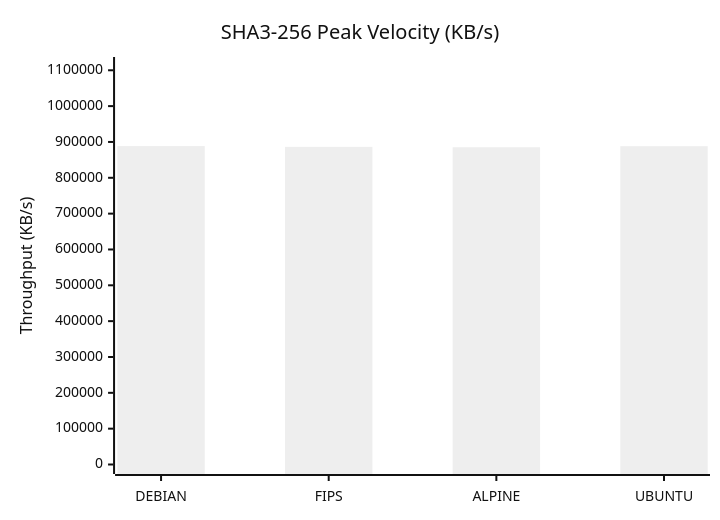
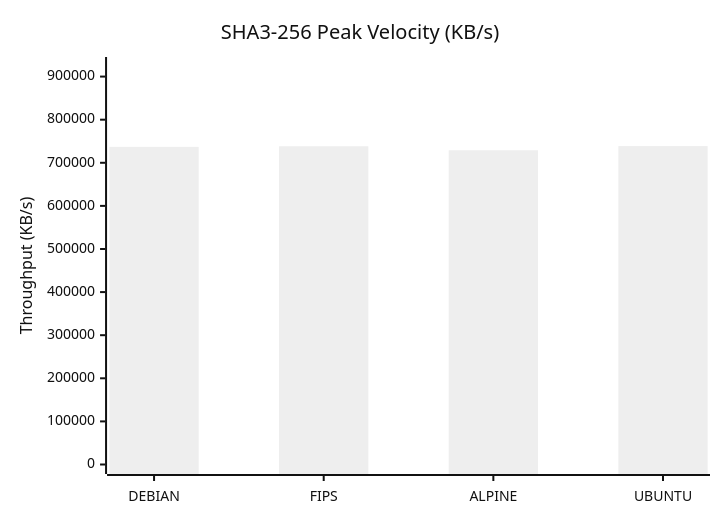
Before and after one commit to taha2samy/openssl_fips: the third of 9 diagrams in docs/Comparison_Report.md, drawn with Mermaid (neutral theme). The commit also changed other lines of this file and 2 other files, not shown here.

````diff
--- a/docs/Comparison_Report.md
+++ b/docs/Comparison_Report.md
@@ -74,7 +74,7 @@
 ```mermaid
 xychart-beta
     title "SHA3-256 Peak Velocity (KB/s)"
     x-axis [DEBIAN, FIPS, ALPINE, UBUNTU]
-    y-axis "Throughput (KB/s)" 0 --> 1110528
-    bar [888422.4, 886349.82, 885227.52, 888135.68]
+    y-axis "Throughput (KB/s)" 0 --> 923381
+    bar [736927.74, 738317.21, 729006.08, 738705.41]
 ```
````
